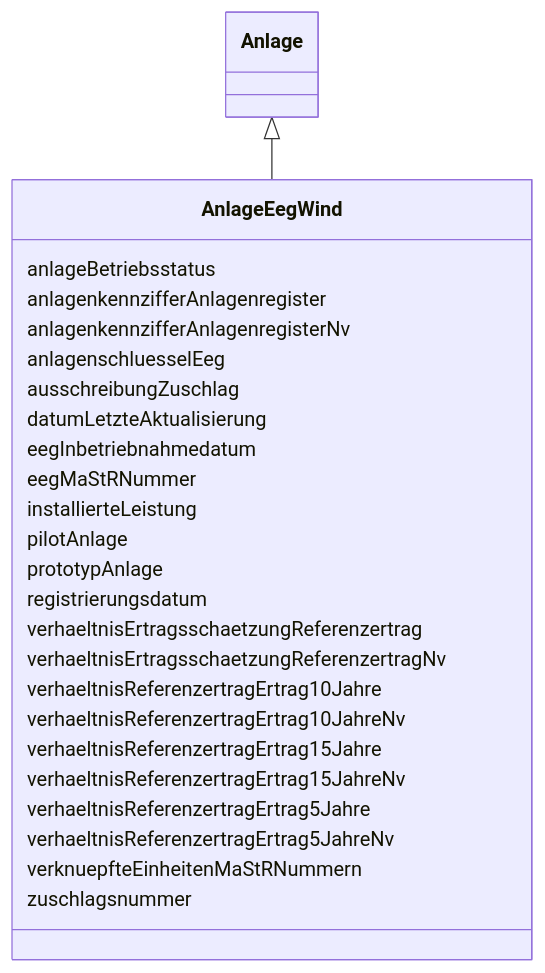
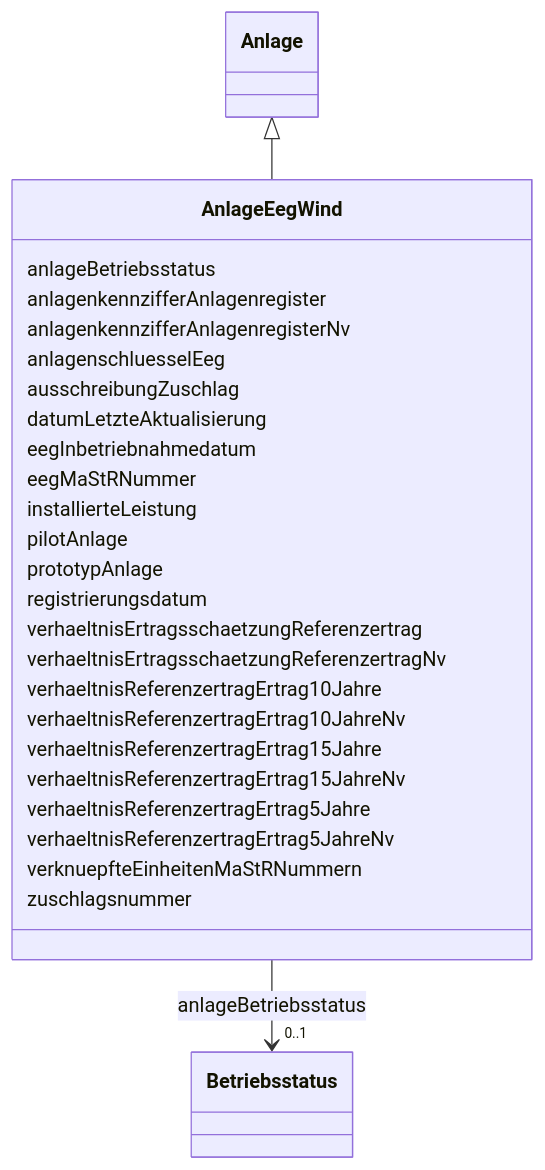
Before and after one commit to FlorianK13/mastr-model: the diagram in docs/schema/classes/AnlageEegWind.md, drawn with Mermaid. The commit also changed other lines of this file and 86 other files, not shown here.

````diff
--- a/docs/schema/classes/AnlageEegWind.md
+++ b/docs/schema/classes/AnlageEegWind.md
@@ -18,53 +18,62 @@
 ```mermaid
  classDiagram
     class AnlageEegWind
     click AnlageEegWind href "../../classes/AnlageEegWind/"
       Anlage <|-- AnlageEegWind
         click Anlage href "../../classes/Anlage/"
       
       AnlageEegWind : anlageBetriebsstatus
+        
+          
+    
+        
+        
+        AnlageEegWind --> "0..1" Betriebsstatus : anlageBetriebsstatus
+        click Betriebsstatus href "../../enums/Betriebsstatus/"
+    
+
         
       AnlageEegWind : anlagenkennzifferAnlagenregister
         
       AnlageEegWind : anlagenkennzifferAnlagenregisterNv
         
       AnlageEegWind : anlagenschluesselEeg
         
       AnlageEegWind : ausschreibungZuschlag
         
       AnlageEegWind : datumLetzteAktualisierung
         
       AnlageEegWind : eegInbetriebnahmedatum
         
       AnlageEegWind : eegMaStRNummer
         
       AnlageEegWind : installierteLeistung
         
       AnlageEegWind : pilotAnlage
         
       AnlageEegWind : prototypAnlage
         
       AnlageEegWind : registrierungsdatum
         
       AnlageEegWind : verhaeltnisErtragsschaetzungReferenzertrag
         
       AnlageEegWind : verhaeltnisErtragsschaetzungReferenzertragNv
         
       AnlageEegWind : verhaeltnisReferenzertragErtrag10Jahre
         
       AnlageEegWind : verhaeltnisReferenzertragErtrag10JahreNv
         
       AnlageEegWind : verhaeltnisReferenzertragErtrag15Jahre
         
       AnlageEegWind : verhaeltnisReferenzertragErtrag15JahreNv
         
       AnlageEegWind : verhaeltnisReferenzertragErtrag5Jahre
         
       AnlageEegWind : verhaeltnisReferenzertragErtrag5JahreNv
         
       AnlageEegWind : verknuepfteEinheitenMaStRNummern
         
       AnlageEegWind : zuschlagsnummer
         
       
 ```
````
